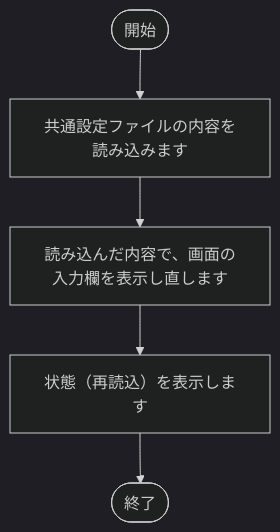
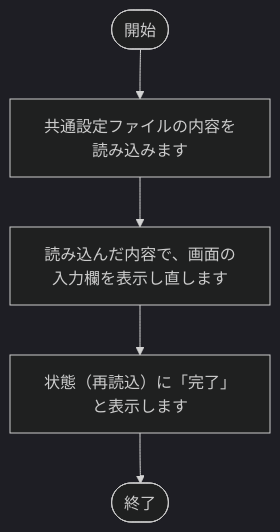
Before and after one commit to nishida2073/project_management: the sixth of 13 diagrams in tool/package-generator/doc/02_設計/処理フロー.md, drawn with Mermaid (dark theme). The commit also changed other lines of this file and 4 other files, not shown here.

````diff
--- a/tool/package-generator/doc/02_設計/処理フロー.md
+++ b/tool/package-generator/doc/02_設計/処理フロー.md
@@ -195,12 +208,12 @@
 ```mermaid
 flowchart TD
     S(["開始"])
     E(["終了"])
     N1["共通設定ファイルの内容を読み込みます"]
     S --> N1
     N2["読み込んだ内容で、画面の入力欄を表示し直します"]
     N1 --> N2
-    N3["状態（再読込）を表示します"]
+    N3["状態（再読込）に「完了」と表示します"]
     N2 --> N3
     N3 --> E
 ```
````
